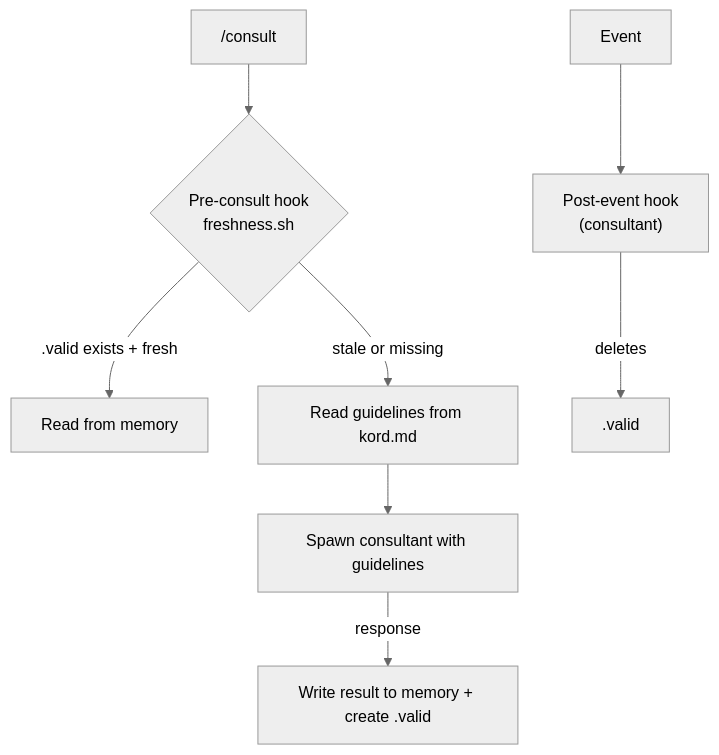
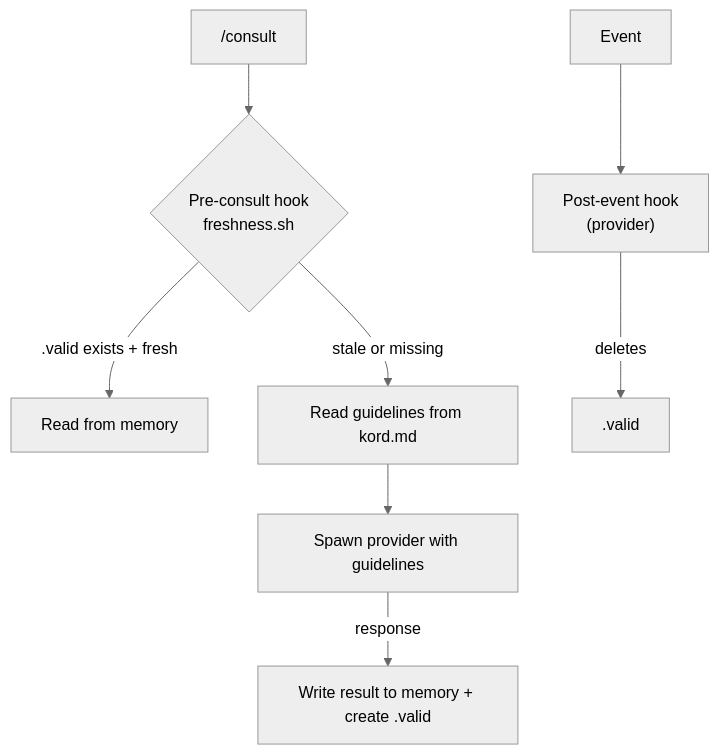
One commit to Kord96/kordinate changed the first of 2 diagrams in docs/framework/kords.md. Above: the diagram before and after it, drawn with Mermaid (neutral theme). The commit also changed other lines of this file, not shown here.

Commit message:
Docs: kords — rename consulter/consultant to requester/provider [scribe]

````diff
--- a/docs/framework/kords.md
+++ b/docs/framework/kords.md
@@ -79,11 +79,11 @@
 ```mermaid
 flowchart TB
     C["/consult"] --> G{"Pre-consult hook<br/>freshness.sh"}
     G -->|.valid exists + fresh| M[Read from memory]
     G -->|stale or missing| K[Read guidelines from kord.md]
-    K --> A[Spawn consultant with guidelines]
+    K --> A[Spawn provider with guidelines]
     A -->|response| W[Write result to memory + create .valid]
 
-    E[Event] --> P["Post-event hook<br/>(consultant)"]
+    E[Event] --> P["Post-event hook<br/>(provider)"]
     P -->|deletes| V[.valid]
 ```
````
